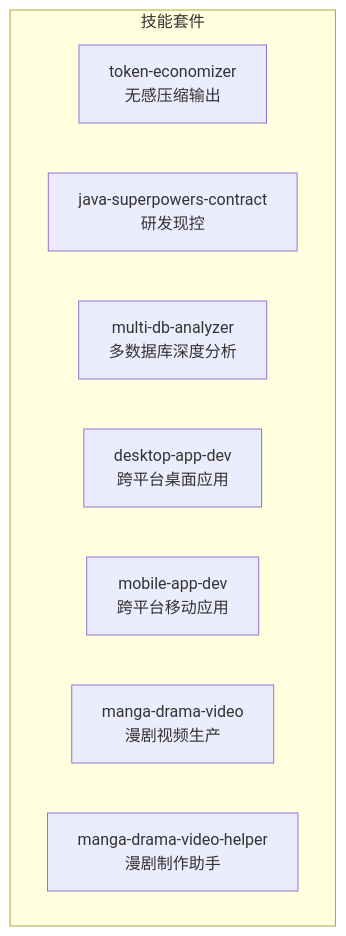
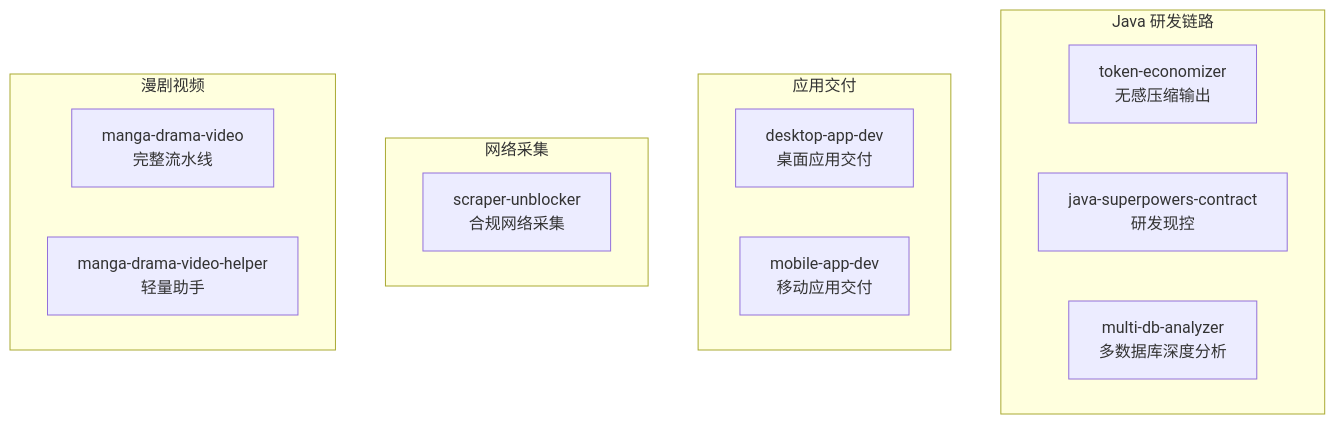
One commit to chichengyu/ai-developer changed the second of 2 diagrams in README.md. Above: the diagram before and after it, drawn with Mermaid. The commit also changed other lines of this file and 77 other files, not shown here.

````diff
--- a/README.md
+++ b/README.md
@@ -274,12 +315,19 @@
 ```mermaid
 flowchart TB
-    subgraph 技能套件
+    subgraph Java 研发链路
         TE["token-economizer<br/>无感压缩输出"]
         JSC["java-superpowers-contract<br/>研发现控"]
         MDA["multi-db-analyzer<br/>多数据库深度分析"]
-        DAD["desktop-app-dev<br/>跨平台桌面应用"]
-        MAD["mobile-app-dev<br/>跨平台移动应用"]
-        MDV["manga-drama-video<br/>漫剧视频生产"]
-        MDVH["manga-drama-video-helper<br/>漫剧制作助手"]
+    end
+    subgraph 应用交付
+        DAD["desktop-app-dev<br/>桌面应用交付"]
+        MAD["mobile-app-dev<br/>移动应用交付"]
+    end
+    subgraph 网络采集
+        SUB["scraper-unblocker<br/>合规网络采集"]
+    end
+    subgraph 漫剧视频
+        MDV["manga-drama-video<br/>完整流水线"]
+        MDH["manga-drama-video-helper<br/>轻量助手"]
     end
 ```
````
